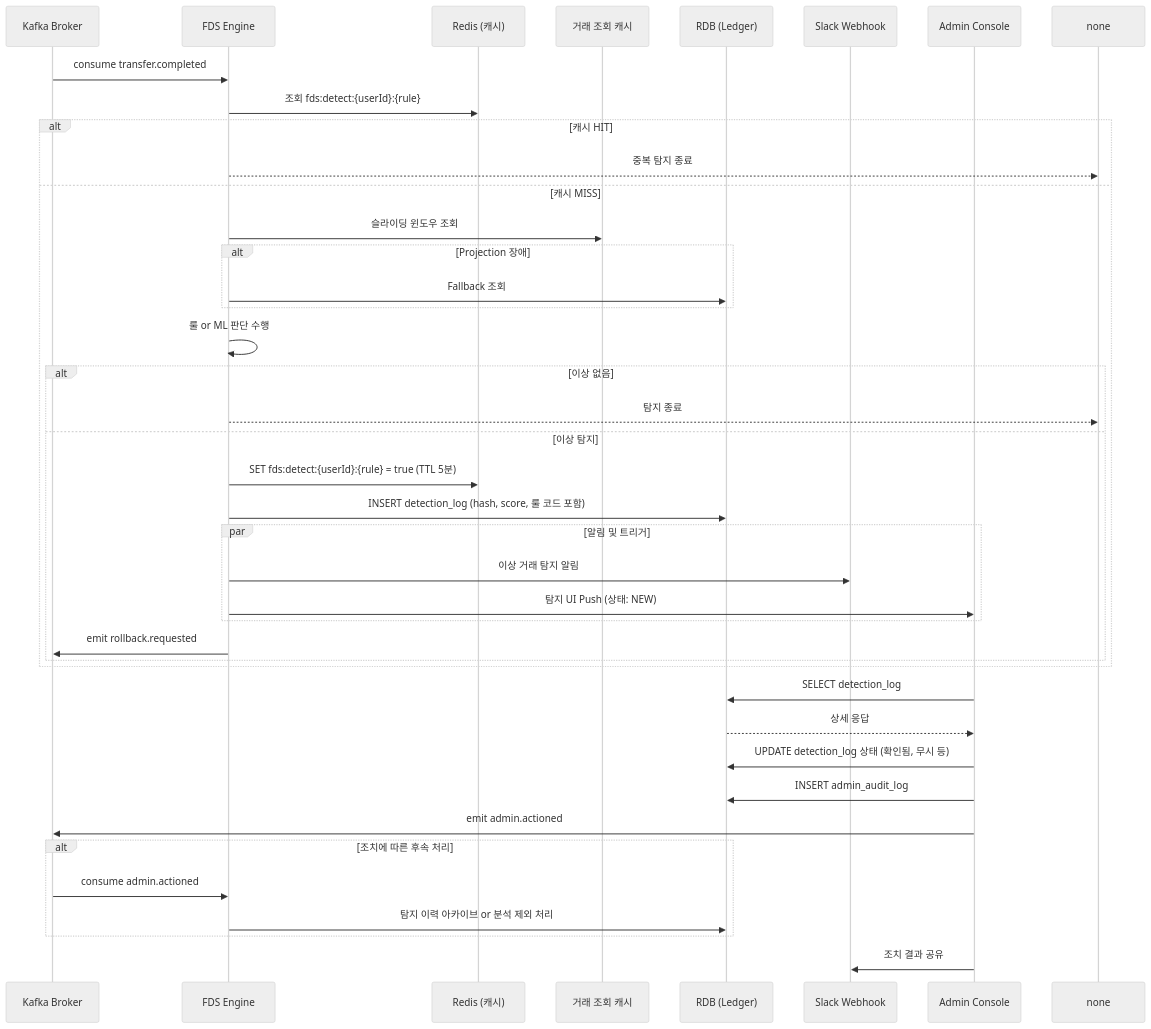
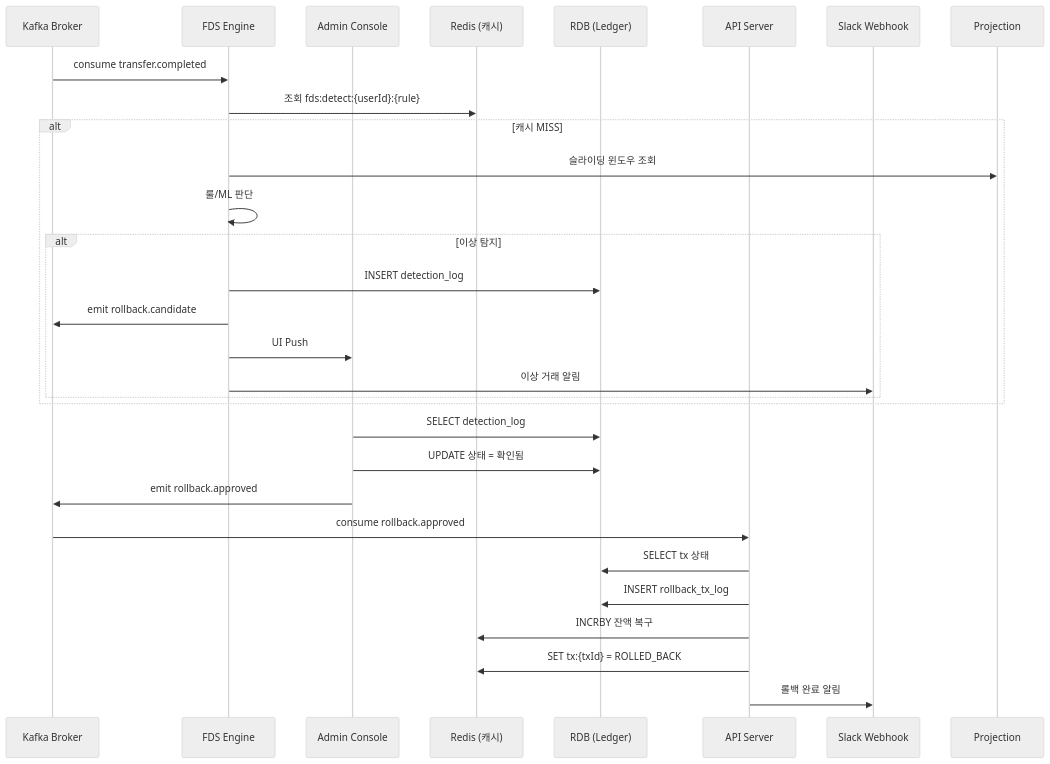
Before and after one commit to hyungkishin/FDS-System: the third of 5 diagrams in GUIDE.md, drawn with Mermaid (neutral theme). The commit also changed other lines of this file, not shown here.

Commit message:
docs: 송금 요청 시 FDS precheck 사전 탐지 흐름 추가

````diff
--- a/GUIDE.md
+++ b/GUIDE.md
@@ -95,44 +117,34 @@
 ```mermaid
 sequenceDiagram
     participant Kafka as Kafka Broker
     participant FDS as FDS Engine
+    participant Admin as Admin Console
     participant Redis as Redis (캐시)
-    participant Projection as 거래 조회 캐시
     participant RDB as RDB (Ledger)
+    participant API as API Server
     participant Slack as Slack Webhook
-    participant Admin as Admin Console
 
     Kafka->>FDS: consume transfer.completed
     FDS->>Redis: 조회 fds:detect:{userId}:{rule}
-    alt 캐시 HIT
-        FDS-->>none: 중복 탐지 종료
-    else 캐시 MISS
+    alt 캐시 MISS
         FDS->>Projection: 슬라이딩 윈도우 조회
-        alt Projection 장애
-            FDS->>RDB: Fallback 조회
-        end
-        FDS->>FDS: 룰 or ML 판단 수행
-        alt 이상 없음
-            FDS-->>none: 탐지 종료
-        else 이상 탐지
-            FDS->>Redis: SET fds:detect:{userId}:{rule} = true (TTL 5분)
-            FDS->>RDB: INSERT detection_log (hash, score, 룰 코드 포함)
-            par 알림 및 트리거
-                FDS->>Slack: 이상 거래 탐지 알림
-                FDS->>Admin: 탐지 UI Push (상태: NEW)
-            end
-            FDS->>Kafka: emit rollback.requested
+        FDS->>FDS: 룰/ML 판단
+        alt 이상 탐지
+            FDS->>RDB: INSERT detection_log
+            FDS->>Kafka: emit rollback.candidate
+            FDS->>Admin: UI Push
+            FDS->>Slack: 이상 거래 알림
         end
     end
 
     Admin->>RDB: SELECT detection_log
-    RDB-->>Admin: 상세 응답
-    Admin->>RDB: UPDATE detection_log 상태 (확인됨, 무시 등)
-    Admin->>RDB: INSERT admin_audit_log
-    Admin->>Kafka: emit admin.actioned
-    alt 조치에 따른 후속 처리
-        Kafka->>FDS: consume admin.actioned
-        FDS->>RDB: 탐지 이력 아카이브 or 분석 제외 처리
-    end
-    Admin->>Slack: 조치 결과 공유
+    Admin->>RDB: UPDATE 상태 = 확인됨
+    Admin->>Kafka: emit rollback.approved
+
+    Kafka->>API: consume rollback.approved
+    API->>RDB: SELECT tx 상태
+    API->>RDB: INSERT rollback_tx_log
+    API->>Redis: INCRBY 잔액 복구
+    API->>Redis: SET tx:{txId} = ROLLED_BACK
+    API->>Slack: 롤백 완료 알림
 ```
````
